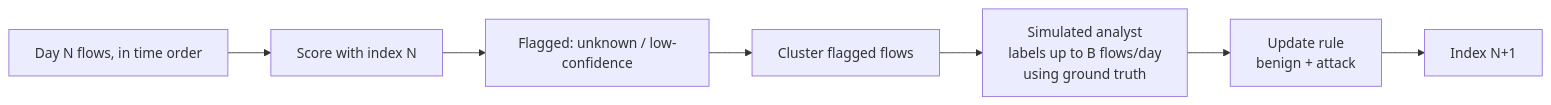
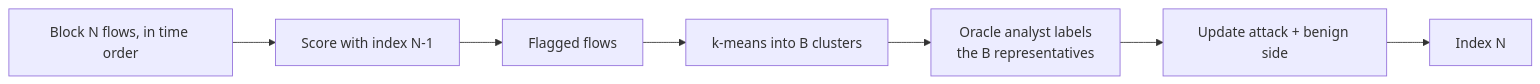
The first of 3 diagrams in SPIKE_PLAN_2.md (anvesh-au/Network-Intrusion-Detection), drawn with Mermaid before and after one commit. The commit also changed other lines of this file and 9 other files, not shown here.

````diff
--- a/SPIKE_PLAN_2.md
+++ b/SPIKE_PLAN_2.md
@@ -33,9 +35,9 @@
 ```mermaid
 flowchart LR
-  D[Day N flows, in time order] --> S[Score with index N]
-  S --> F[Flagged: unknown / low-confidence]
-  F --> C[Cluster flagged flows]
-  C --> A[Simulated analyst<br/>labels up to B flows/day<br/>using ground truth]
-  A --> U[Update rule<br/>benign + attack]
-  U --> I[Index N+1]
+  D[Block N flows, in time order] --> S[Score with index N-1]
+  S --> F[Flagged flows]
+  F --> C[k-means into B clusters]
+  C --> A[Oracle analyst labels<br/>the B representatives]
+  A --> U[Update attack + benign side]
+  U --> I[Index N]
 ```
````
